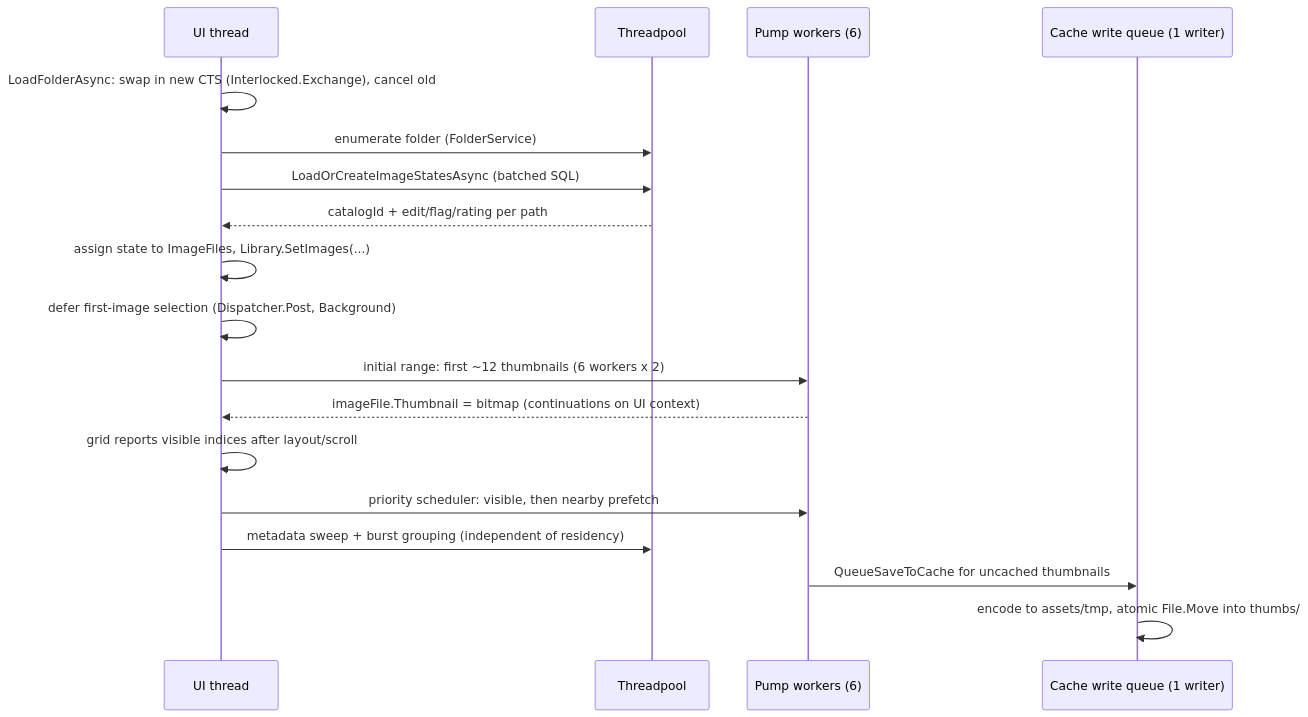
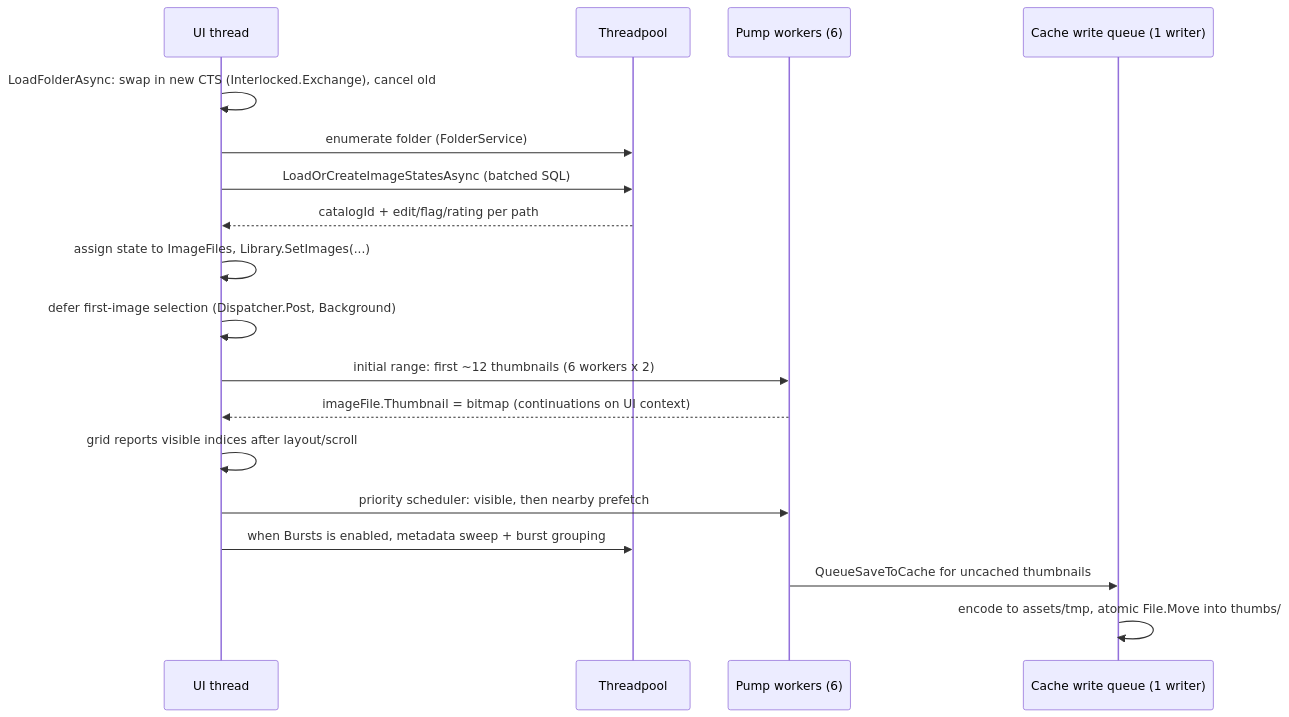
One commit to seasalim/happy-photon changed the diagram in docs/ARCHITECTURE.md. Above: the diagram before and after it, drawn with Mermaid. The commit also changed other lines of this file and 61 other files, not shown here.

````diff
--- a/docs/ARCHITECTURE.md
+++ b/docs/ARCHITECTURE.md
@@ -196,21 +197,21 @@
 ```mermaid
 sequenceDiagram
     participant UI as UI thread
     participant TP as Threadpool
     participant W as Pump workers (6)
     participant Q as Cache write queue (1 writer)
 
     UI->>UI: LoadFolderAsync: swap in new CTS (Interlocked.Exchange), cancel old
     UI->>TP: enumerate folder (FolderService)
     UI->>TP: LoadOrCreateImageStatesAsync (batched SQL)
     TP-->>UI: catalogId + edit/flag/rating per path
     UI->>UI: assign state to ImageFiles, Library.SetImages(...)
     UI->>UI: defer first-image selection (Dispatcher.Post, Background)
     UI->>W: initial range: first ~12 thumbnails (6 workers x 2)
     W-->>UI: imageFile.Thumbnail = bitmap (continuations on UI context)
     UI->>UI: grid reports visible indices after layout/scroll
     UI->>W: priority scheduler: visible, then nearby prefetch
-    UI->>TP: metadata sweep + burst grouping (independent of residency)
+    UI->>TP: when Bursts is enabled, metadata sweep + burst grouping
     W->>Q: QueueSaveToCache for uncached thumbnails
     Q->>Q: encode to assets/tmp, atomic File.Move into thumbs/
 ```
````
